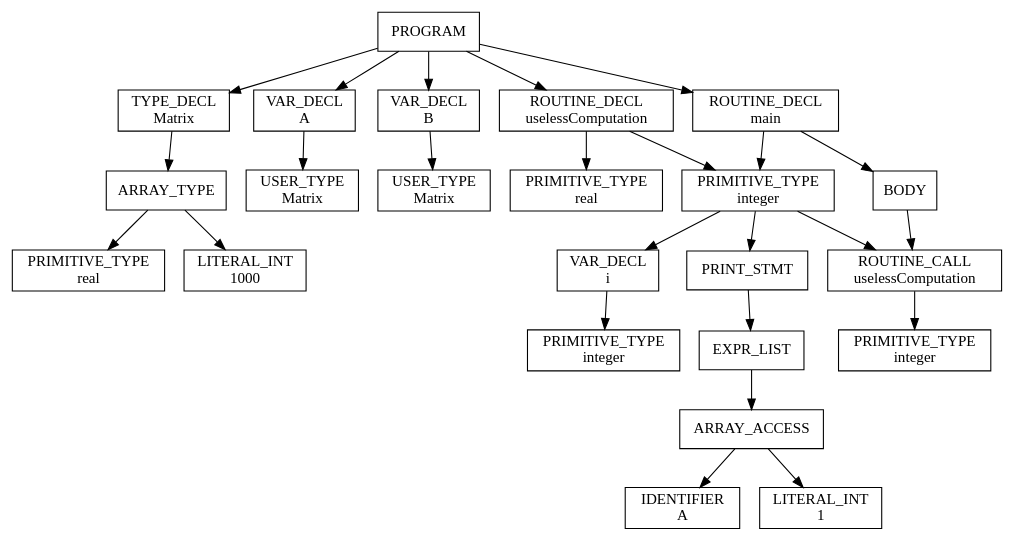
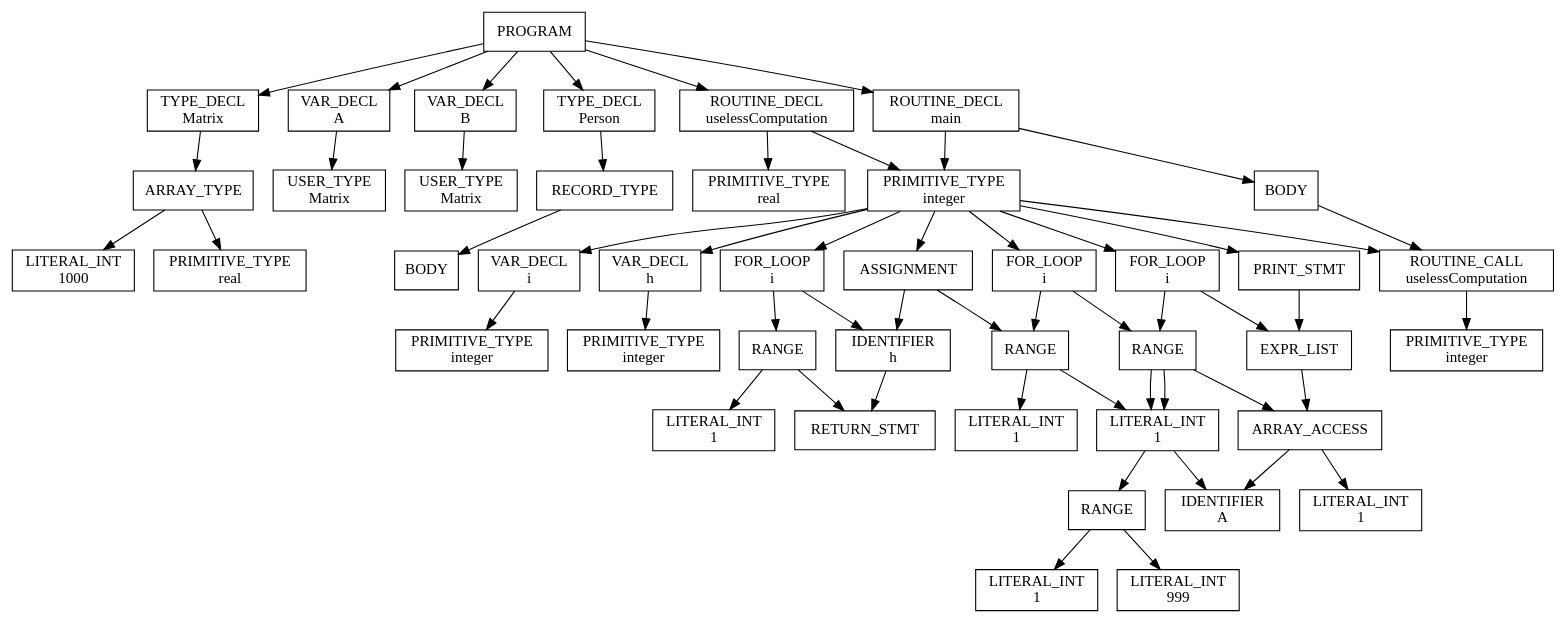
Before and after one commit to Sizye/Main-project: the diagram in semantics_nightmare/unused_var/dead_store.txt.dot, drawn with Graphviz. The commit also changed 13 other files, not shown here.

```diff
--- a/semantics_nightmare/unused_var/dead_store.txt.dot
+++ b/semantics_nightmare/unused_var/dead_store.txt.dot
@@ -1,52 +1,110 @@
 digraph AST {
   node [shape=box];
   n0 [label="PROGRAM"];
   n0 -> n1;
   n1 [label="TYPE_DECL\nMatrix"];
   n1 -> n2;
   n2 [label="ARRAY_TYPE"];
   n2 -> n3;
   n3 [label="LITERAL_INT\n1000"];
   n2 -> n1003;
   n1003 [label="PRIMITIVE_TYPE\nreal"];
   n0 -> n1001;
   n1001 [label="VAR_DECL\nA"];
   n1001 -> n1002;
   n1002 [label="USER_TYPE\nMatrix"];
   n0 -> n2001;
   n2001 [label="VAR_DECL\nB"];
   n2001 -> n2002;
   n2002 [label="USER_TYPE\nMatrix"];
   n0 -> n3001;
-  n3001 [label="ROUTINE_DECL\nuselessComputation"];
+  n3001 [label="TYPE_DECL\nPerson"];
   n3001 -> n3002;
-  n3002 [label="PRIMITIVE_TYPE\nreal"];
-  n3001 -> n4002;
-  n4002 [label="BODY"];
-  n4002 -> n4003;
-  n4003 [label="VAR_DECL\ni"];
-  n4003 -> n4004;
-  n4004 [label="PRIMITIVE_TYPE\ninteger"];
-  n4002 -> n5003;
-  n5003 [label="VAR_DECL\nj"];
-  n5003 -> n5004;
-  n5004 [label="PRIMITIVE_TYPE\ninteger"];
-  n4002 -> n6003;
-  n6003 [label="PRINT_STMT"];
-  n6003 -> n6004;
-  n6004 [label="EXPR_LIST"];
-  n6004 -> n6005;
-  n6005 [label="ARRAY_ACCESS"];
-  n6005 -> n6006;
-  n6006 [label="IDENTIFIER\nA"];
-  n6005 -> n7006;
-  n7006 [label="LITERAL_INT\n1"];
+  n3002 [label="RECORD_TYPE"];
+  n3002 -> n3003;
+  n3003 [label="BODY"];
   n0 -> n4001;
-  n4001 [label="ROUTINE_DECL\nmain"];
+  n4001 [label="ROUTINE_DECL\nuselessComputation"];
   n4001 -> n4002;
-  n4002 [label="PRIMITIVE_TYPE\ninteger"];
+  n4002 [label="PRIMITIVE_TYPE\nreal"];
   n4001 -> n5002;
   n5002 [label="BODY"];
   n5002 -> n5003;
-  n5003 [label="ROUTINE_CALL\nuselessComputation"];
+  n5003 [label="VAR_DECL\ni"];
+  n5003 -> n5004;
+  n5004 [label="PRIMITIVE_TYPE\ninteger"];
+  n5002 -> n6003;
+  n6003 [label="VAR_DECL\nj"];
+  n6003 -> n6004;
+  n6004 [label="PRIMITIVE_TYPE\ninteger"];
+  n5002 -> n7003;
+  n7003 [label="VAR_DECL\nh"];
+  n7003 -> n7004;
+  n7004 [label="PRIMITIVE_TYPE\ninteger"];
+  n5002 -> n8003;
+  n8003 [label="FOR_LOOP\ni"];
+  n8003 -> n8004;
+  n8004 [label="RANGE"];
+  n8004 -> n8005;
+  n8005 [label="LITERAL_INT\n1"];
+  n8004 -> n9005;
+  n9005 [label="IDENTIFIER\nh"];
+  n8003 -> n9004;
+  n9004 [label="BODY"];
+  n9004 -> n9005;
+  n9005 [label="RETURN_STMT"];
+  n5002 -> n9003;
+  n9003 [label="ASSIGNMENT"];
+  n9003 -> n9004;
+  n9004 [label="IDENTIFIER\nh"];
+  n9003 -> n10004;
+  n10004 [label="LITERAL_INT\n45"];
+  n5002 -> n10003;
+  n10003 [label="FOR_LOOP\ni"];
+  n10003 -> n10004;
+  n10004 [label="RANGE"];
+  n10004 -> n10005;
+  n10005 [label="LITERAL_INT\n1"];
+  n10004 -> n11005;
+  n11005 [label="IDENTIFIER\nh"];
+  n10003 -> n11004;
+  n11004 [label="BODY"];
+  n11004 -> n11005;
+  n11005 [label="FOR_LOOP\nj"];
+  n11005 -> n11006;
+  n11006 [label="RANGE"];
+  n11006 -> n11007;
+  n11007 [label="LITERAL_INT\n1"];
+  n11006 -> n12007;
+  n12007 [label="LITERAL_INT\n999"];
+  n11005 -> n12006;
+  n12006 [label="BODY"];
+  n5002 -> n11003;
+  n11003 [label="FOR_LOOP\ni"];
+  n11003 -> n11004;
+  n11004 [label="RANGE"];
+  n11004 -> n11005;
+  n11005 [label="LITERAL_INT\n1"];
+  n11004 -> n12005;
+  n12005 [label="LITERAL_INT\n999"];
+  n11003 -> n12004;
+  n12004 [label="BODY"];
+  n5002 -> n12003;
+  n12003 [label="PRINT_STMT"];
+  n12003 -> n12004;
+  n12004 [label="EXPR_LIST"];
+  n12004 -> n12005;
+  n12005 [label="ARRAY_ACCESS"];
+  n12005 -> n12006;
+  n12006 [label="IDENTIFIER\nA"];
+  n12005 -> n13006;
+  n13006 [label="LITERAL_INT\n1"];
+  n0 -> n5001;
+  n5001 [label="ROUTINE_DECL\nmain"];
+  n5001 -> n5002;
+  n5002 [label="PRIMITIVE_TYPE\ninteger"];
+  n5001 -> n6002;
+  n6002 [label="BODY"];
+  n6002 -> n6003;
+  n6003 [label="ROUTINE_CALL\nuselessComputation"];
 }
```
